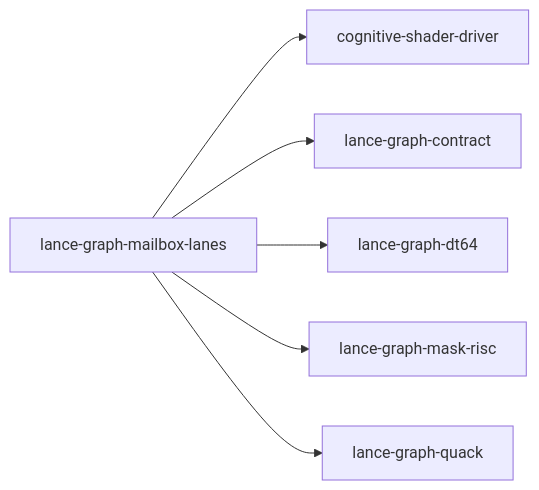
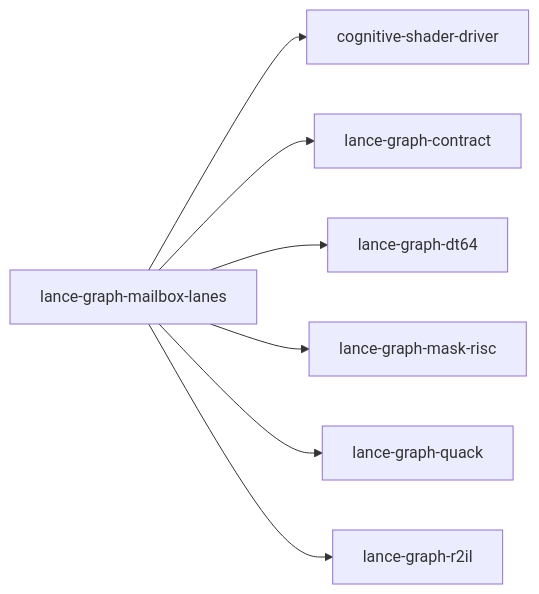
Before and after one commit to AdaWorldAPI/lance-graph: the diagram in .codegraph/crates/lance-graph-mailbox-lanes.index.md, drawn with Mermaid. The commit also changed other lines of this file and 21 other files, not shown here.

````diff
--- a/.codegraph/crates/lance-graph-mailbox-lanes.index.md
+++ b/.codegraph/crates/lance-graph-mailbox-lanes.index.md
@@ -122,14 +174,16 @@
 ```mermaid
 flowchart LR
   n7["cognitive-shader-driver"]
   n45["lance-graph-contract"]
   n48["lance-graph-dt64"]
   n53["lance-graph-mailbox-lanes"]
   n54["lance-graph-mask-risc"]
   n64["lance-graph-quack"]
+  n65["lance-graph-r2il"]
   n53 --> n7
   n53 --> n45
   n53 --> n48
   n53 --> n54
   n53 --> n64
+  n53 --> n65
 ```
````
